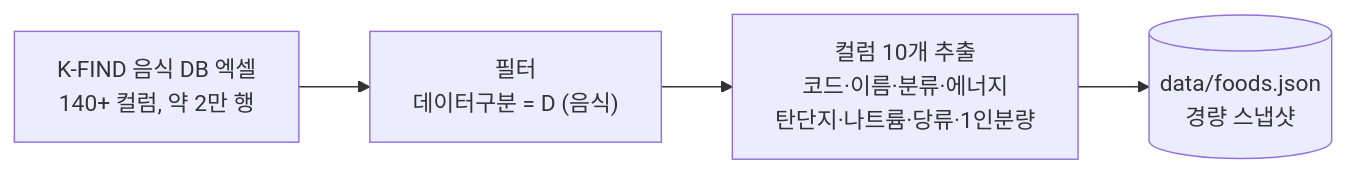
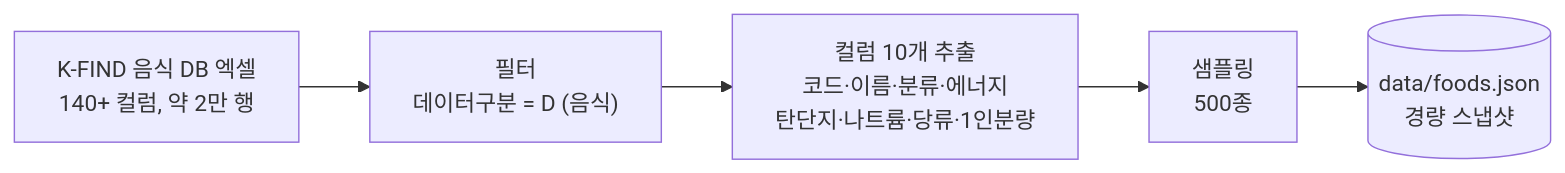
Before and after one commit to 2026-ai-service-engineering-a/ai_service_engineering-track_a: the third of 9 diagrams in site/src/content/courses/ko/session-03/index.mdx, drawn with Mermaid. The commit also changed other lines of this file and 2 other files, not shown here.

````diff
--- a/site/src/content/courses/ko/session-03/index.mdx
+++ b/site/src/content/courses/ko/session-03/index.mdx
@@ -219,4 +219,4 @@
 ```mermaid
 flowchart LR
-    XL["K-FIND 음식 DB 엑셀<br/>140+ 컬럼, 약 2만 행"] --> F1["필터<br/>데이터구분 = D (음식)"] --> F2["컬럼 10개 추출<br/>코드·이름·분류·에너지<br/>탄단지·나트륨·당류·1인분량"] --> J[("data/foods.json<br/>경량 스냅샷")]
+    XL["K-FIND 음식 DB 엑셀<br/>140+ 컬럼, 약 2만 행"] --> F1["필터<br/>데이터구분 = D (음식)"] --> F2["컬럼 10개 추출<br/>코드·이름·분류·에너지<br/>탄단지·나트륨·당류·1인분량"] --> F3["샘플링<br/>500종"] --> J[("data/foods.json<br/>경량 스냅샷")]
 ```
````
